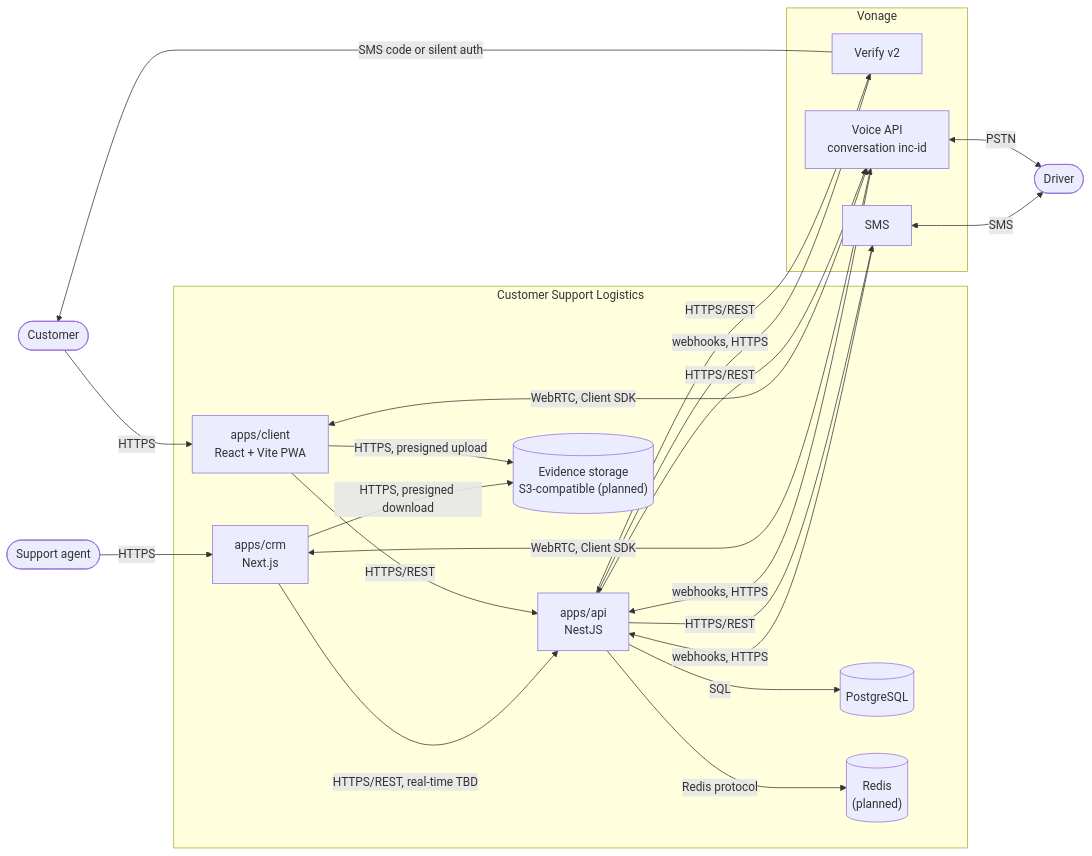
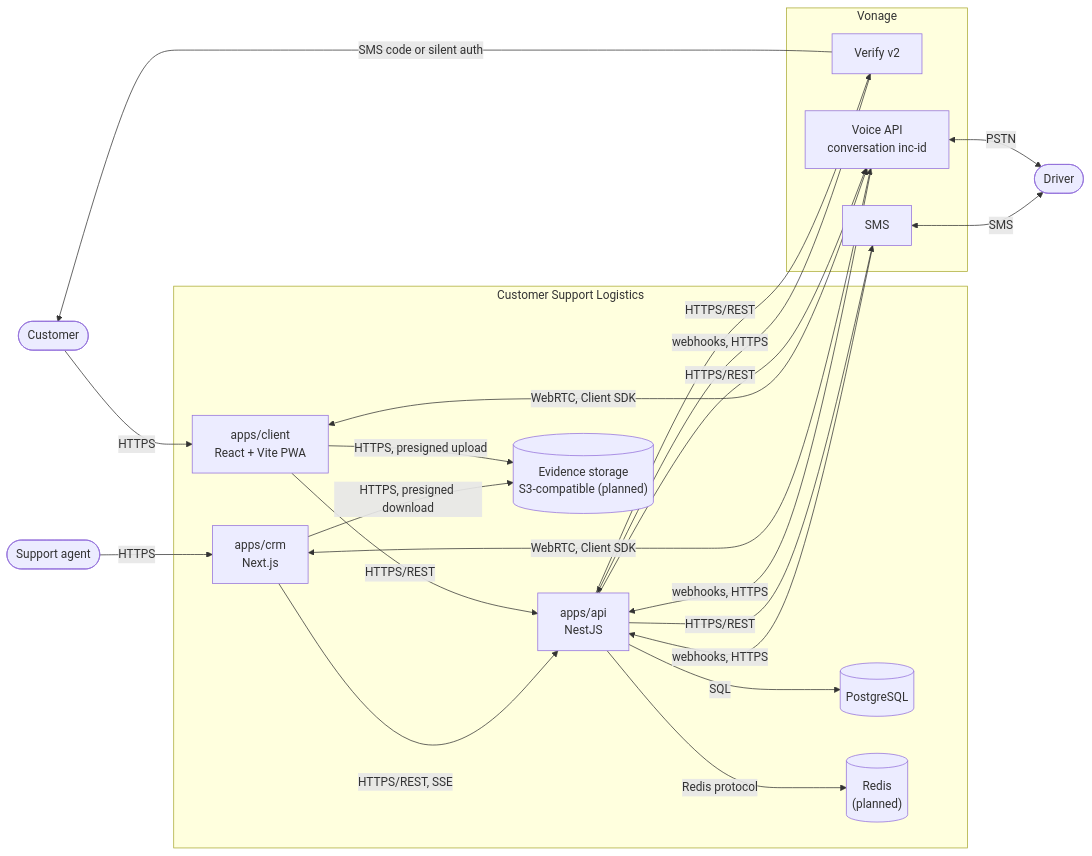
One commit to femCodersClub-vonage-program/customer-support-logistics changed the second of 3 diagrams in docs/architecture/README.md. Above: the diagram before and after it, drawn with Mermaid. The commit also changed other lines of this file and 21 other files, not shown here.

Commit message:
docs(adr): add 0012 real-time updates with SSE

````diff
--- a/docs/architecture/README.md
+++ b/docs/architecture/README.md
@@ -35,41 +35,41 @@
 ```mermaid
 flowchart LR
   customer(["Customer"])
   agent(["Support agent"])
   driver(["Driver"])
 
   subgraph csl["Customer Support Logistics"]
     client["apps/client<br/>React + Vite PWA"]
     crm["apps/crm<br/>Next.js"]
     api["apps/api<br/>NestJS"]
     db[("PostgreSQL")]
     redis[("Redis<br/>(planned)")]
     storage[("Evidence storage<br/>S3-compatible (planned)")]
   end
 
   subgraph vonage["Vonage"]
     verify["Verify v2"]
     sms["SMS"]
     voice["Voice API<br/>conversation inc-id"]
   end
 
   customer -->|HTTPS| client
   agent -->|HTTPS| crm
   client -->|"HTTPS/REST"| api
-  crm -->|"HTTPS/REST, real-time TBD"| api
+  crm -->|"HTTPS/REST, SSE"| api
   client -->|"HTTPS, presigned upload"| storage
   crm -->|"HTTPS, presigned download"| storage
   api -->|SQL| db
   api -->|"Redis protocol"| redis
   api -->|"HTTPS/REST"| verify
   api -->|"HTTPS/REST"| sms
   api -->|"HTTPS/REST"| voice
   verify -->|"webhooks, HTTPS"| api
   sms -->|"webhooks, HTTPS"| api
   voice -->|"webhooks, HTTPS"| api
   client <-->|"WebRTC, Client SDK"| voice
   crm <-->|"WebRTC, Client SDK"| voice
   voice <-->|PSTN| driver
   sms <-->|SMS| driver
   verify -->|"SMS code or silent auth"| customer
 ```
````
